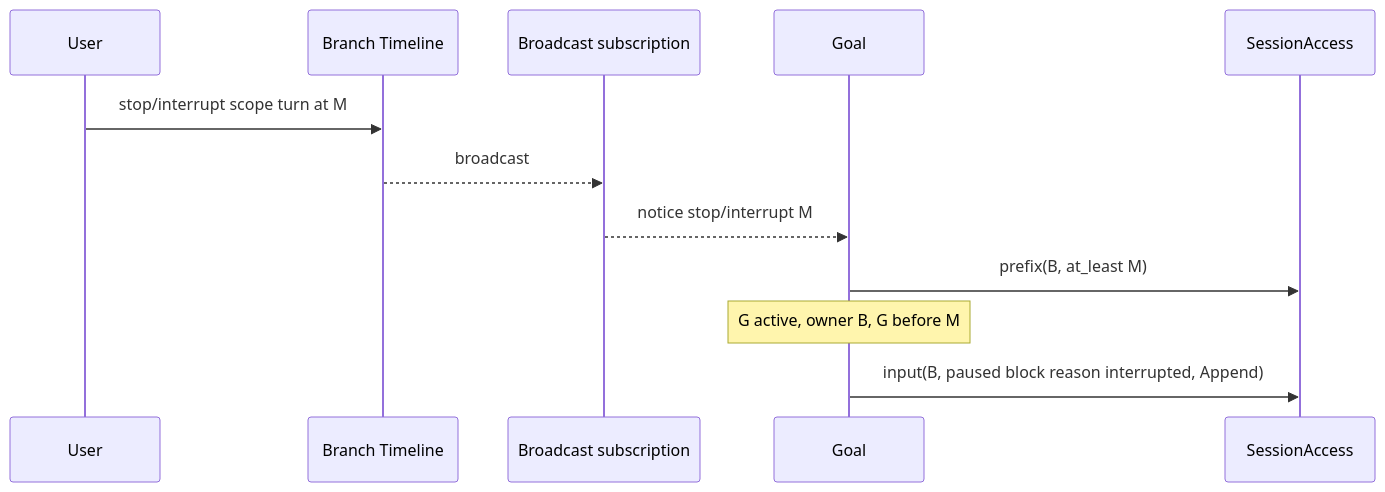
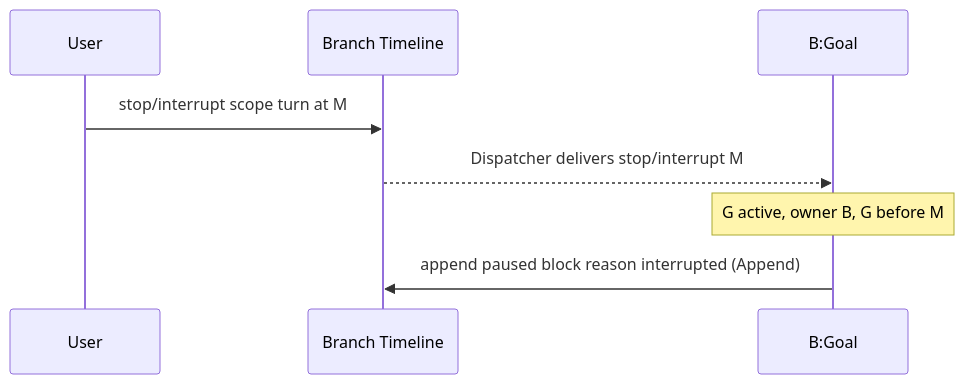
One commit to CoutinhoTTS/dim-agent changed the fifth of 6 diagrams in docs/design/plugins/Goal.md. Above: the diagram before and after it, drawn with Mermaid. The commit also changed other lines of this file and 3 other files, not shown here.

Commit message:
docs(design): rescope Questions, Goal, ShellInput and Attachments per ADR 002

````diff
--- a/docs/design/plugins/Goal.md
+++ b/docs/design/plugins/Goal.md
@@ -135,14 +129,10 @@
 ```mermaid
 sequenceDiagram
   participant User
   participant TL as Branch Timeline
-  participant SE as Broadcast subscription
-  participant Goal
-  participant SA as SessionAccess
+  participant G as B:Goal
   User->>TL: stop/interrupt scope turn at M
-  TL-->>SE: broadcast
-  SE-->>Goal: notice stop/interrupt M
-  Goal->>SA: prefix(B, at_least M)
-  Note over Goal: G active, owner B, G before M
-  Goal->>SA: input(B, paused block reason interrupted, Append)
+  TL-->>G: Dispatcher delivers stop/interrupt M
+  Note over G: G active, owner B, G before M
+  G->>TL: append paused block reason interrupted (Append)
 ```
````
